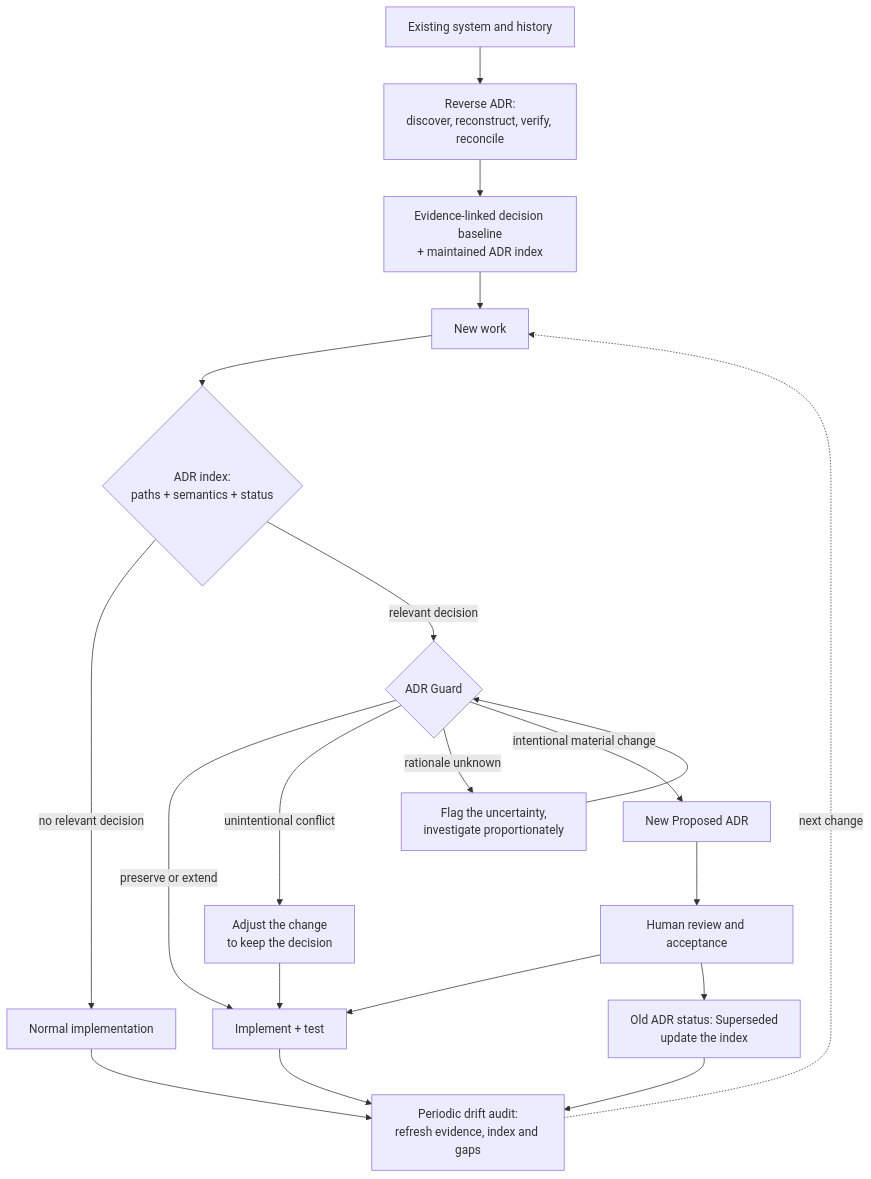
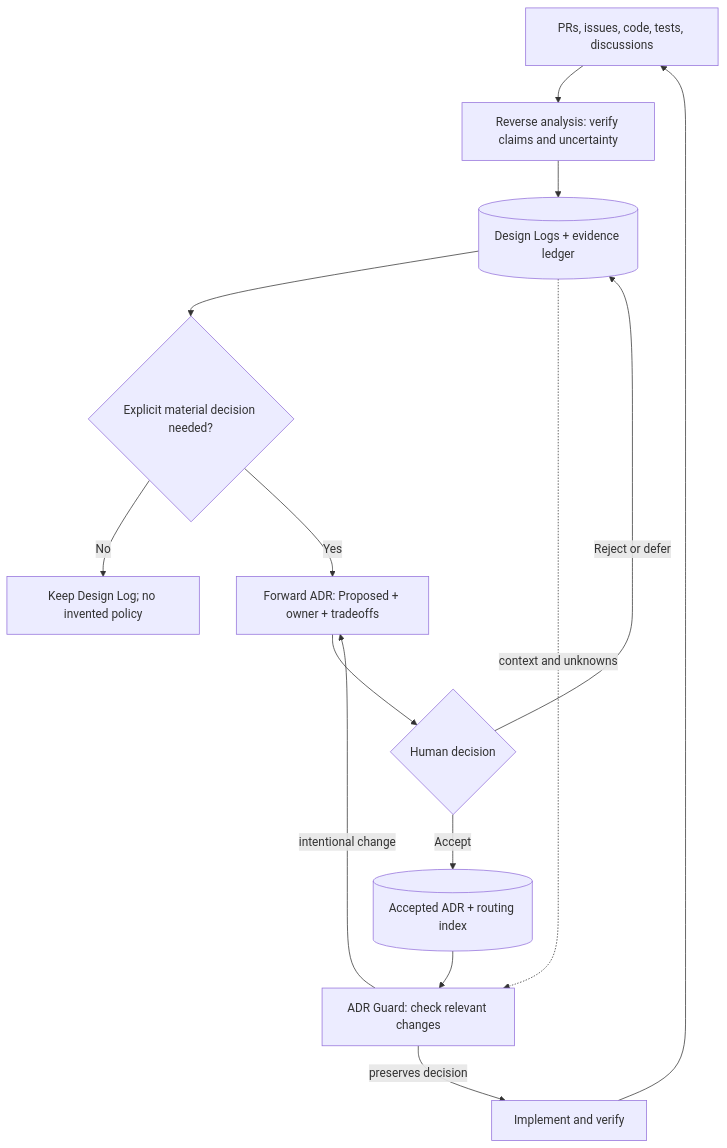
The first of 2 diagrams in docs/adr/decision-continuity.md (MichinaoShimizu/kiroku), drawn with Mermaid before and after one commit. The commit also changed other lines of this file and 43 other files, not shown here.

First line of the commit message:
docs: separate historical Design Logs from governed ADRs (#344)

````diff
--- a/docs/adr/decision-continuity.md
+++ b/docs/adr/decision-continuity.md
@@ -29,22 +19,16 @@
 ```mermaid
 flowchart TD
-    H["Existing system and history"] --> R["Reverse ADR:<br/>discover, reconstruct, verify, reconcile"]
-    R --> B["Evidence-linked decision baseline<br/>+ maintained ADR index"]
-    B --> W["New work"]
-    W --> Q{"ADR index:<br/>paths + semantics + status"}
-    Q -- "no relevant decision" --> N["Normal implementation"]
-    Q -- "relevant decision" --> G{"ADR Guard"}
-    G -- "preserve or extend" --> T["Implement + test"]
-    G -- "unintentional conflict" --> X["Adjust the change<br/>to keep the decision"]
-    X --> T
-    G -- "rationale unknown" --> U["Flag the uncertainty,<br/>investigate proportionately"]
-    U --> G
-    G -- "intentional material change" --> P["New Proposed ADR"]
-    P --> A["Human review and acceptance"]
-    A --> T
-    A --> S["Old ADR status: Superseded<br/>update the index"]
-    N --> D["Periodic drift audit:<br/>refresh evidence, index and gaps"]
-    T --> D
-    S --> D
-    D -. "next change" .-> W
+    S["PRs, issues, code, tests, discussions"] --> R["Reverse analysis: verify claims and uncertainty"]
+    R --> L[("Design Logs + evidence ledger")]
+    L --> Q{"Explicit material decision needed?"}
+    Q -- "No" --> K["Keep Design Log; no invented policy"]
+    Q -- "Yes" --> P["Forward ADR: Proposed + owner + tradeoffs"]
+    P --> H{"Human decision"}
+    H -- "Accept" --> A[("Accepted ADR + routing index")]
+    H -- "Reject or defer" --> L
+    A --> G["ADR Guard: check relevant changes"]
+    L -. "context and unknowns" .-> G
+    G -- "preserves decision" --> I["Implement and verify"]
+    G -- "intentional change" --> P
+    I --> S
 ```
````
